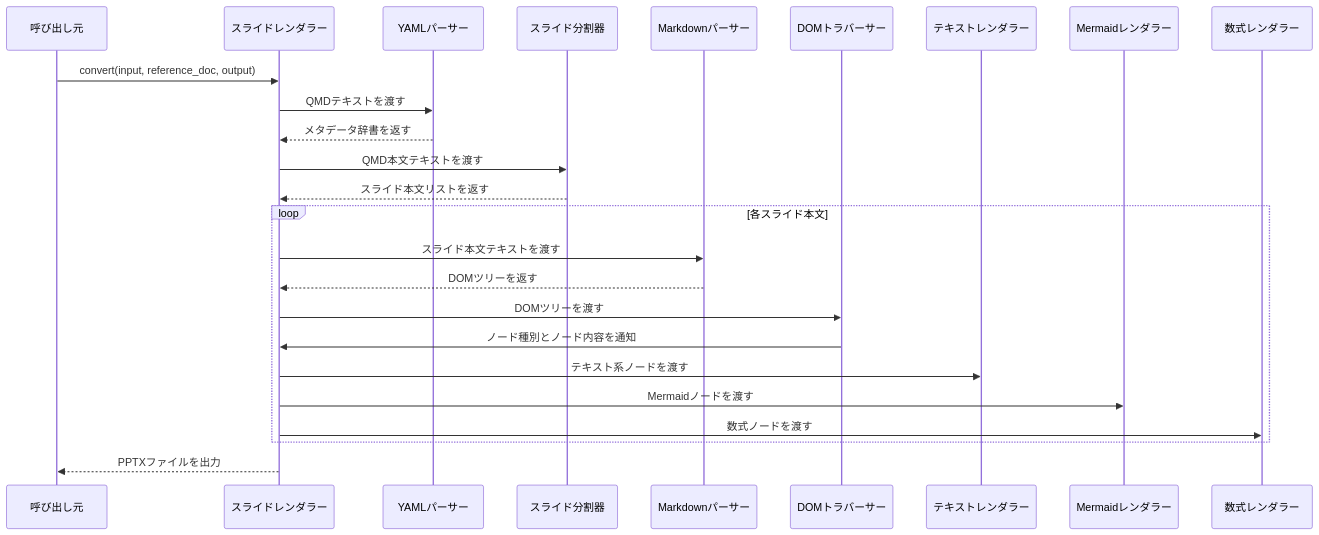
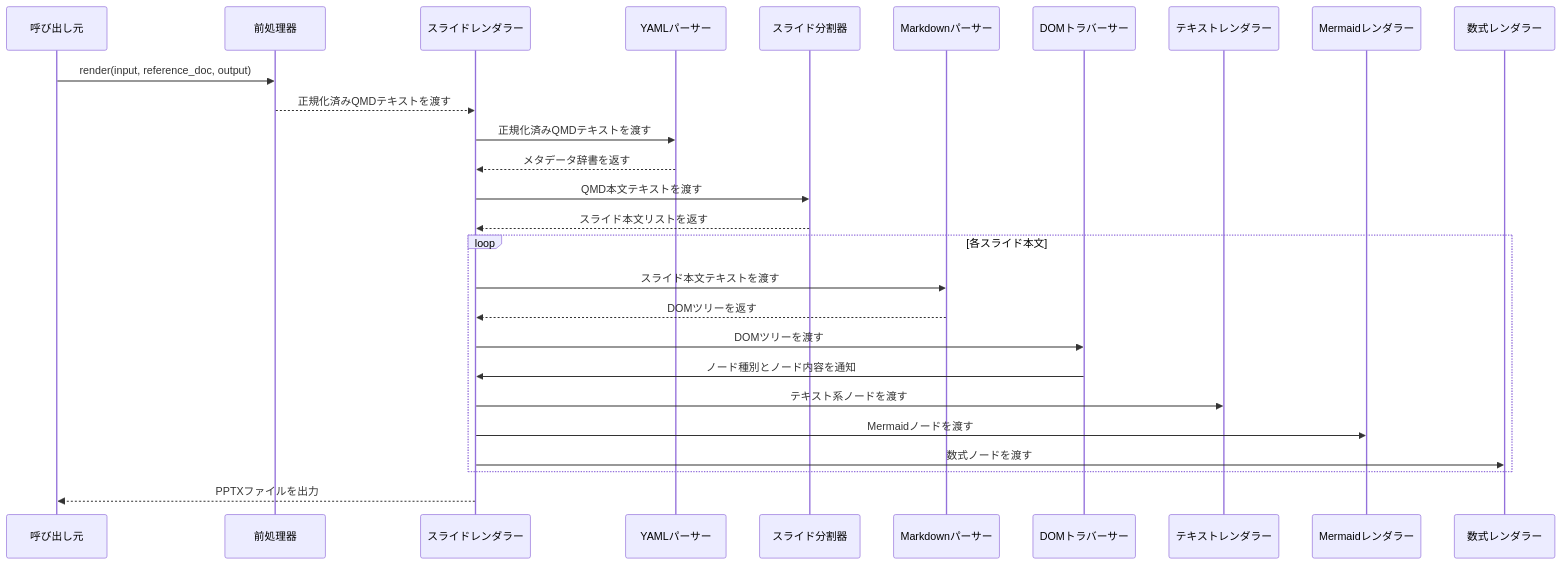
Before and after one commit to notfolder/qmd_to_pptx: the sixth of 6 diagrams in docs/QMD_TO_PPTX_DESIGN.md, drawn with Mermaid. The commit also changed other lines of this file, not shown here.

Commit message:
QMDファイルの処理を改善し、Markdownファイルのサポートを追加。前処理器の設計を明確化し、スライド分割器の機能を拡張。APIエントリーポイントを`render`関数に変更。

````diff
--- a/docs/QMD_TO_PPTX_DESIGN.md
+++ b/docs/QMD_TO_PPTX_DESIGN.md
@@ -260,30 +323,32 @@
 ```mermaid
 sequenceDiagram
     participant 呼び出し元
+    participant 前処理器
     participant スライドレンダラー
     participant YAMLパーサー
     participant スライド分割器
     participant Markdownパーサー
     participant DOMトラバーサー
     participant テキストレンダラー
     participant Mermaidレンダラー
     participant 数式レンダラー
 
-    呼び出し元 ->> スライドレンダラー: convert(input, reference_doc, output)
-    スライドレンダラー ->> YAMLパーサー: QMDテキストを渡す
+    呼び出し元 ->> 前処理器: render(input, reference_doc, output)
+    前処理器 -->> スライドレンダラー: 正規化済みQMDテキストを渡す
+    スライドレンダラー ->> YAMLパーサー: 正規化済みQMDテキストを渡す
     YAMLパーサー -->> スライドレンダラー: メタデータ辞書を返す
     スライドレンダラー ->> スライド分割器: QMD本文テキストを渡す
     スライド分割器 -->> スライドレンダラー: スライド本文リストを返す
 
     loop 各スライド本文
         スライドレンダラー ->> Markdownパーサー: スライド本文テキストを渡す
         Markdownパーサー -->> スライドレンダラー: DOMツリーを返す
         スライドレンダラー ->> DOMトラバーサー: DOMツリーを渡す
         DOMトラバーサー ->> スライドレンダラー: ノード種別とノード内容を通知
         スライドレンダラー ->> テキストレンダラー: テキスト系ノードを渡す
         スライドレンダラー ->> Mermaidレンダラー: Mermaidノードを渡す
         スライドレンダラー ->> 数式レンダラー: 数式ノードを渡す
     end
 
     スライドレンダラー -->> 呼び出し元: PPTXファイルを出力
 ```
````
